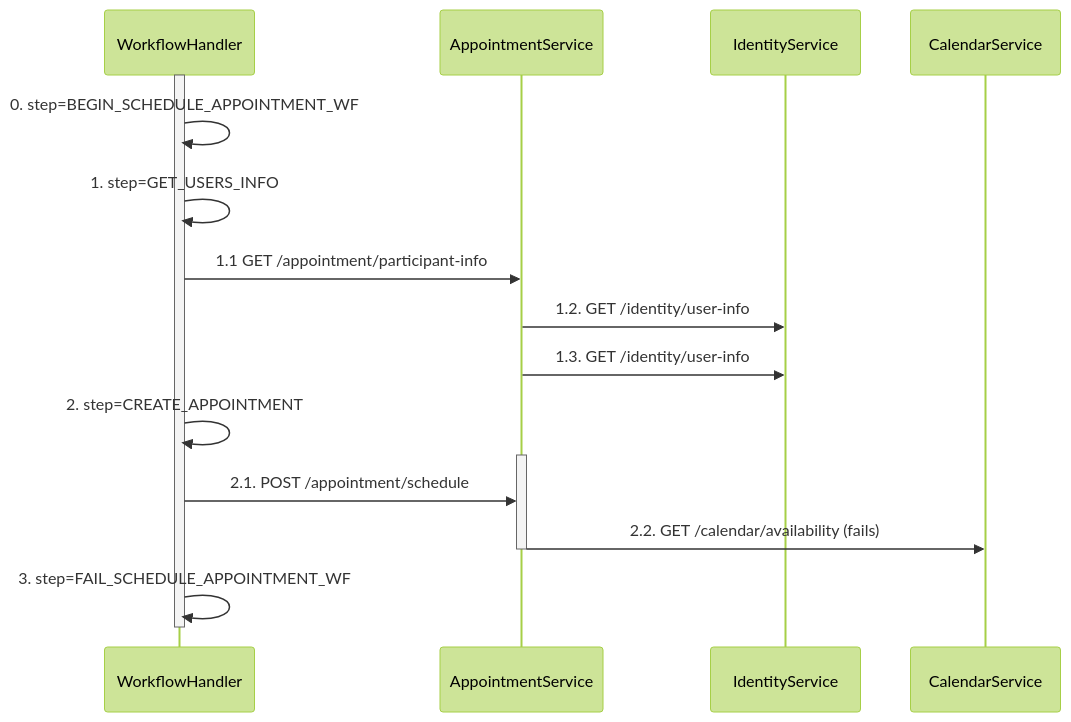
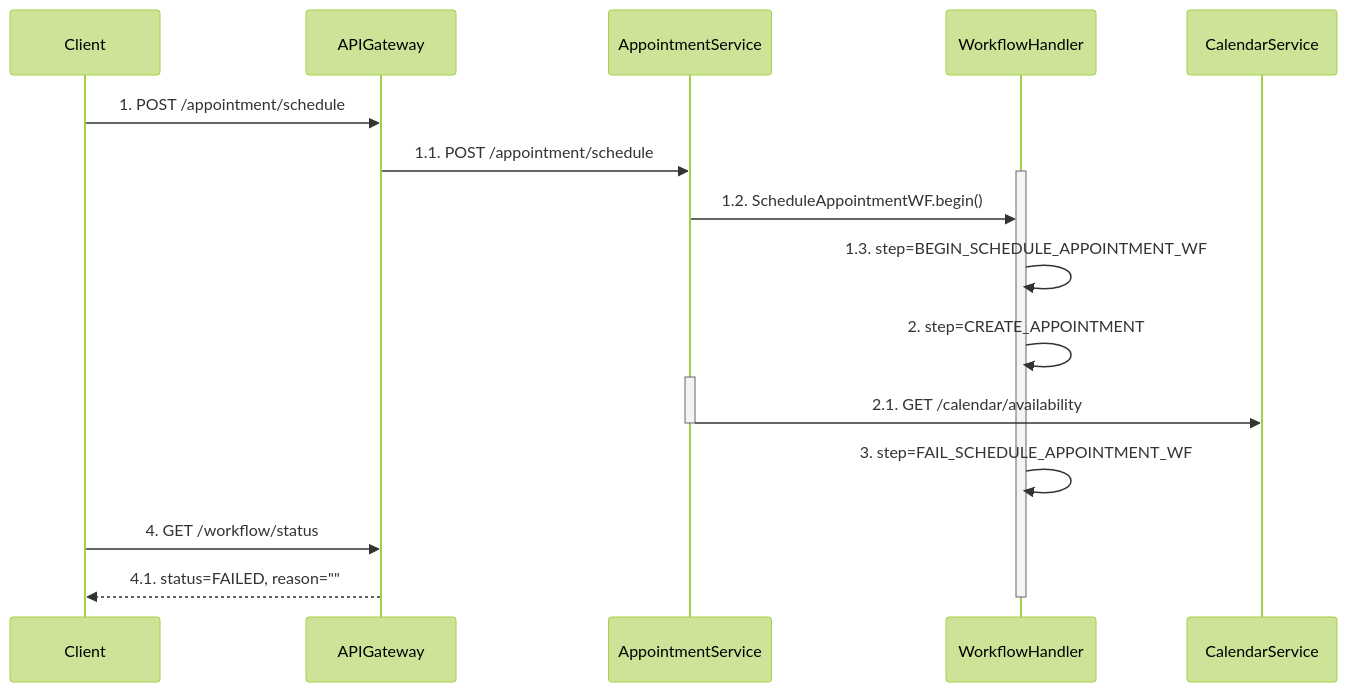
The second of 2 diagrams in docs/architecture/use-cases/appointment.md (abdulawr/Healthcare-Appointment-Scheduling-System), drawn with Mermaid (forest theme) before and after one commit. The commit also changed other lines of this file, not shown here.

First line of the commit message:
docs(appointment): rewrite scheduling flow diagrams & steps

````diff
--- a/docs/architecture/use-cases/appointment.md
+++ b/docs/architecture/use-cases/appointment.md
@@ -87,27 +91,27 @@
 ```mermaid
 sequenceDiagram
+    participant Client
+    participant APIGateway
+    participant AppointmentService
     participant WorkflowHandler
-    participant AppointmentService
-    participant IdentityService
     participant CalendarService
 
+    Client->>APIGateway: 1. POST /appointment/schedule
+    APIGateway->>AppointmentService: 1.1. POST /appointment/schedule
     activate WorkflowHandler
-
-    WorkflowHandler->>WorkflowHandler: 0. step=BEGIN_SCHEDULE_APPOINTMENT_WF
-
-    WorkflowHandler->>WorkflowHandler: 1. step=GET_USERS_INFO
-    WorkflowHandler->>AppointmentService: 1.1 GET /appointment/participant-info
-    AppointmentService->>IdentityService: 1.2. GET /identity/user-info
-    AppointmentService->>IdentityService: 1.3. GET /identity/user-info
+    AppointmentService->>WorkflowHandler: 1.2. ScheduleAppointmentWF.begin()
+    WorkflowHandler->>WorkflowHandler: 1.3. step=BEGIN_SCHEDULE_APPOINTMENT_WF
 
     WorkflowHandler->>WorkflowHandler: 2. step=CREATE_APPOINTMENT
 
     activate AppointmentService
-    WorkflowHandler->>AppointmentService: 2.1. POST /appointment/schedule
-    AppointmentService->>CalendarService: 2.2. GET /calendar/availability (fails)
+    AppointmentService->>CalendarService: 2.1. GET /calendar/availability
     deactivate AppointmentService
 
     WorkflowHandler->>WorkflowHandler: 3. step=FAIL_SCHEDULE_APPOINTMENT_WF
 
+   Client->>APIGateway: 4. GET /workflow/status
+   APIGateway-->>Client: 4.1. status=FAILED, reason=""
+
     deactivate WorkflowHandler
 ```
````
